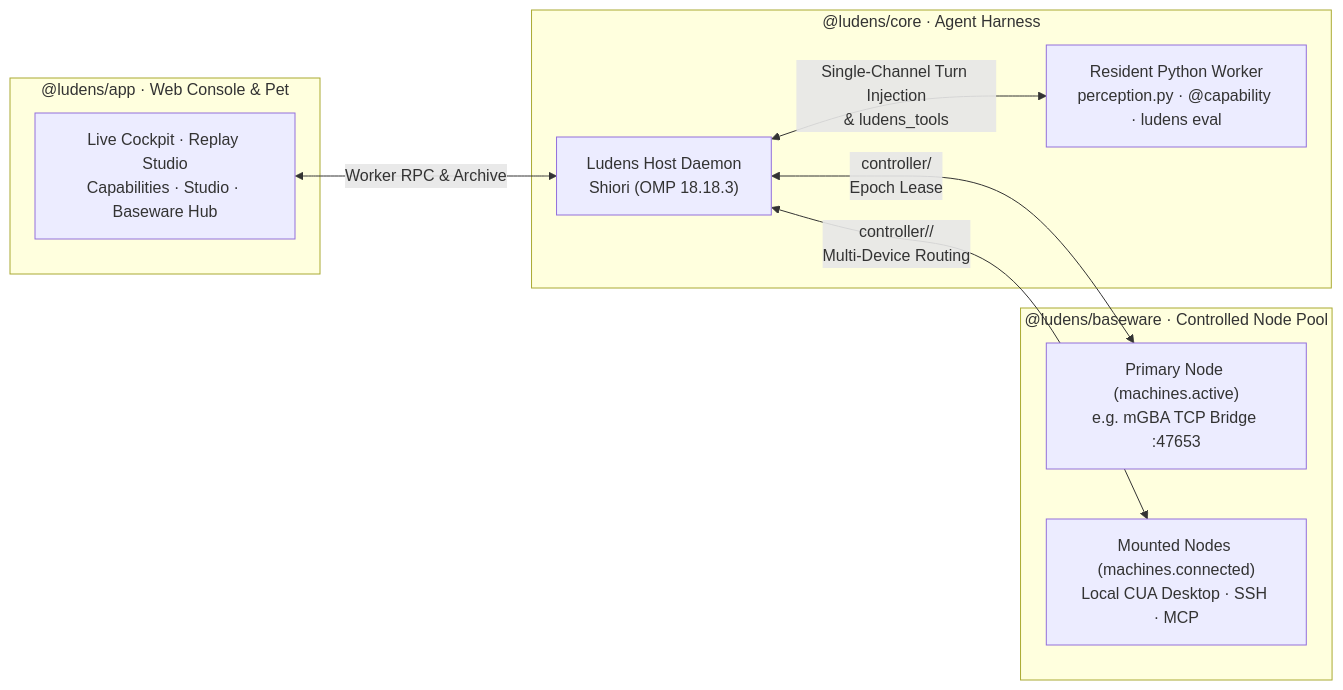
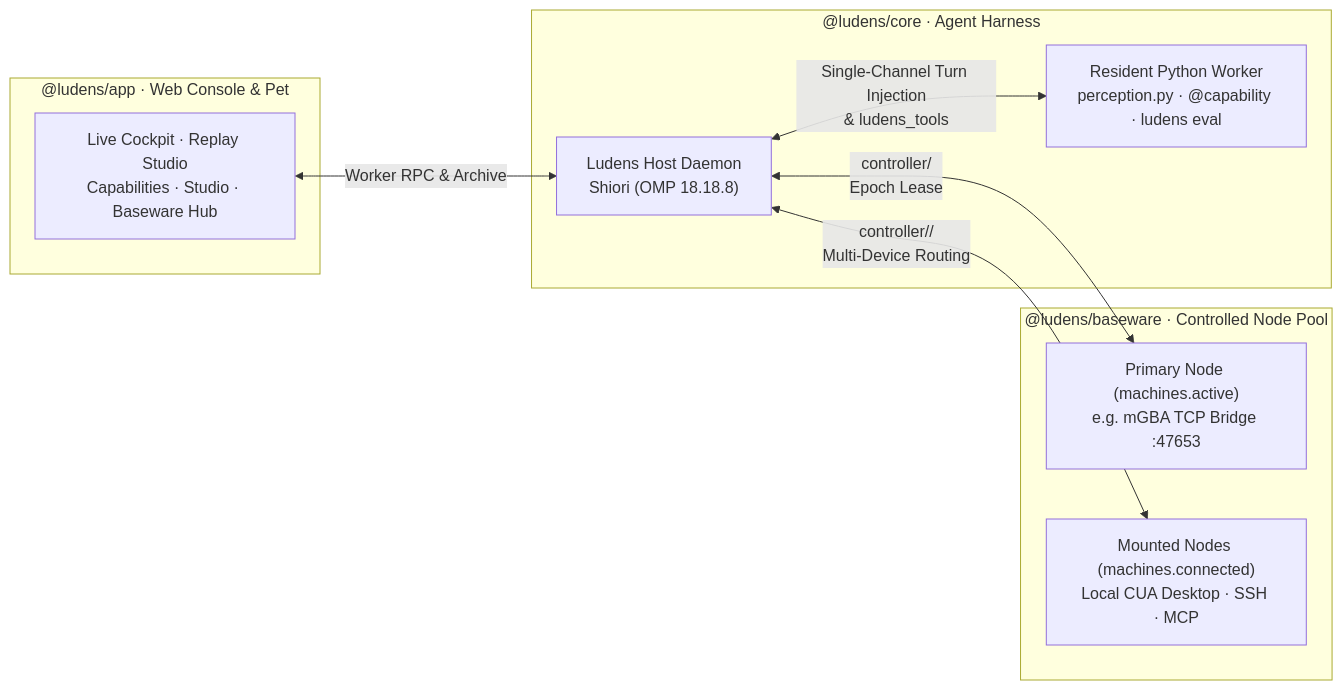
One commit to Arkevo-Lab/Ludens changed the diagram in README.md. Above: the diagram before and after it, drawn with Mermaid. The commit also changed other lines of this file and 11 other files, not shown here.

Commit message:
chore(core): upgrade Shiori OMP runtime to 18.18.8

````diff
--- a/README.md
+++ b/README.md
@@ -68,21 +68,21 @@
 ```mermaid
 flowchart LR
   subgraph Console["@ludens/app · Web Console & Pet"]
     UI["Live Cockpit · Replay Studio\nCapabilities · Studio · Baseware Hub"]
   end
 
   subgraph ControlPlane["@ludens/core · Agent Harness"]
-    Host["Ludens Host Daemon\nShiori (OMP 18.18.3)"]
+    Host["Ludens Host Daemon\nShiori (OMP 18.18.8)"]
     Worker["Resident Python Worker\nperception.py · @capability · ludens eval"]
   end
 
   subgraph DevicePlane["@ludens/baseware · Controlled Node Pool"]
     Primary["Primary Node (machines.active)\ne.g. mGBA TCP Bridge :47653"]
     Secondary["Mounted Nodes (machines.connected)\nLocal CUA Desktop · SSH · MCP"]
   end
 
   UI <-->|"Worker RPC & Archive"| Host
   Host <-->|"Single-Channel Turn Injection\n& ludens_tools"| Worker
   Host <-->|"controller/<tool>\nEpoch Lease"| Primary
   Host <-->|"controller/<machineId>/<tool>\nMulti-Device Routing"| Secondary
 ```
````
